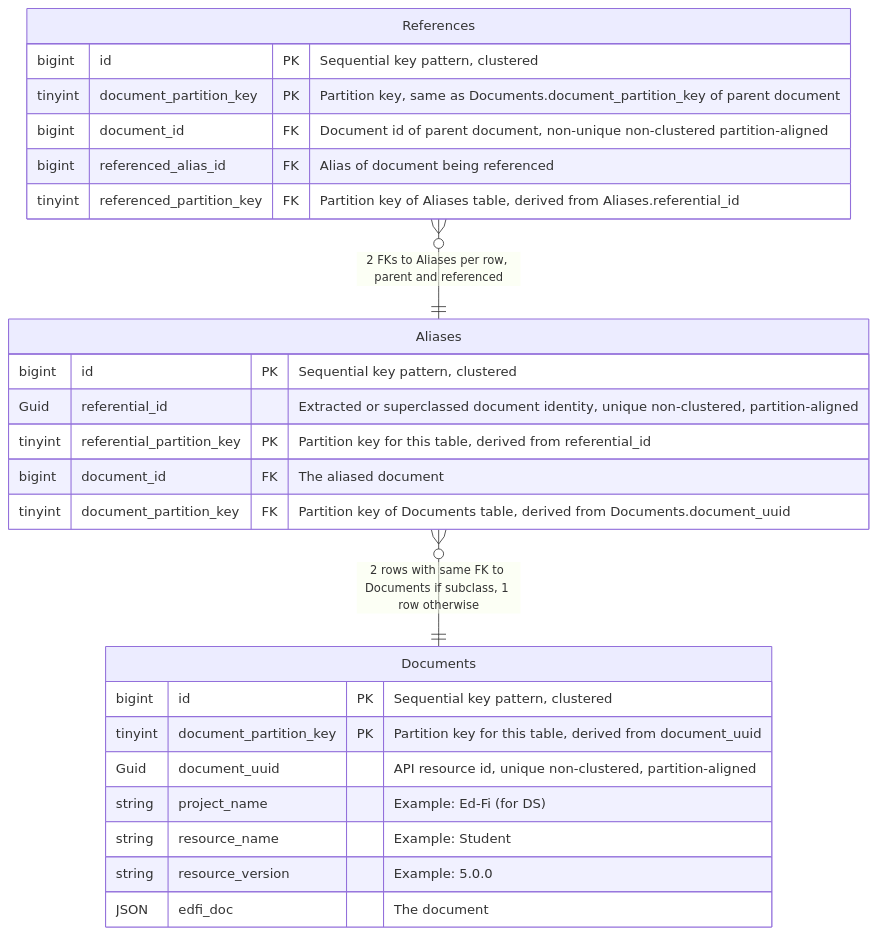
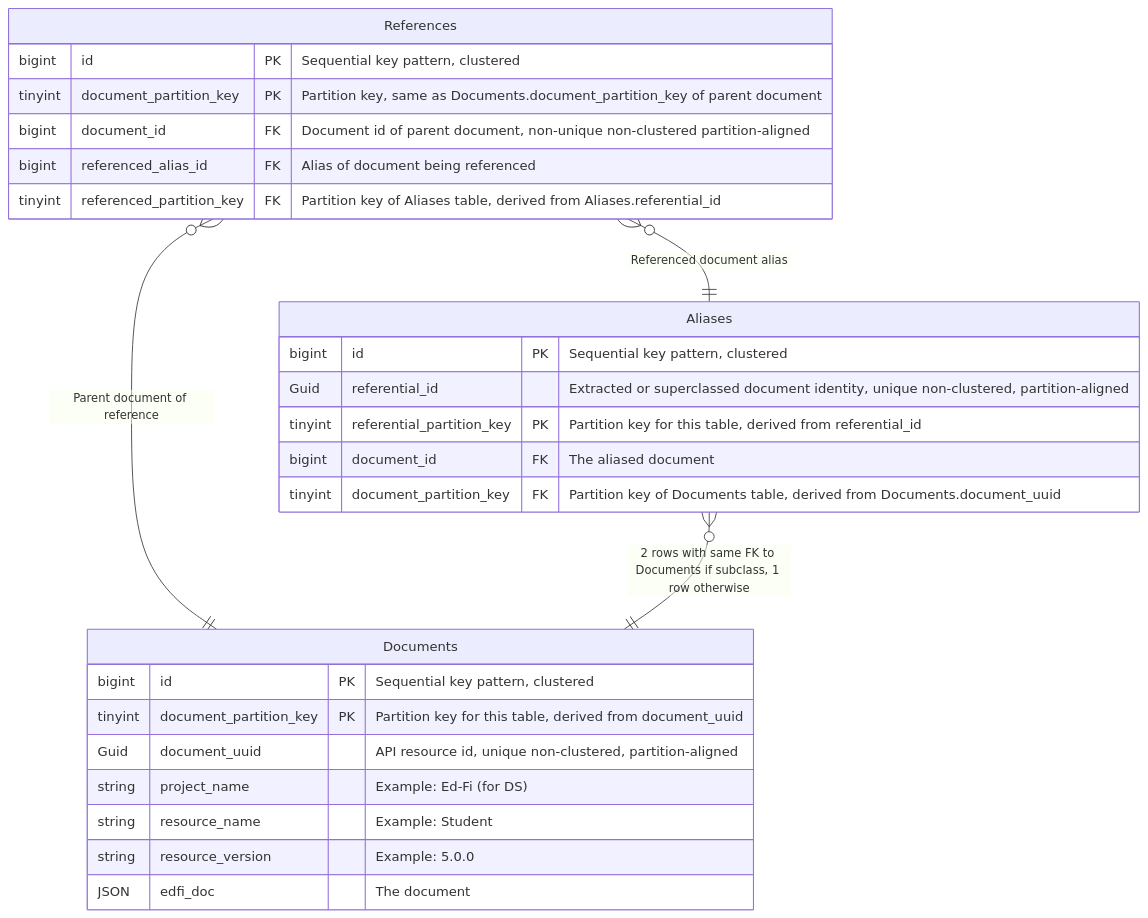
One commit to Ed-Fi-Alliance-OSS/Project-Tanager changed the first of 3 diagrams in docs/DMS/PRIMARY-DATA-STORAGE.md. Above: the diagram before and after it, drawn with Mermaid. The commit also changed other lines of this file and 1 other file, not shown here.

First line of the commit message:
[DMS-17] Schema gen and deploy writeup (#13)

````diff
--- a/docs/DMS/PRIMARY-DATA-STORAGE.md
+++ b/docs/DMS/PRIMARY-DATA-STORAGE.md
@@ -50,28 +50,29 @@
 ```mermaid
 erDiagram
-    References }o--|| Aliases : "2 FKs to Aliases per row, parent and referenced"
+    References }o--|| Aliases : "Referenced document alias"
+    References }o--|| Documents : "Parent document of reference"
     References {
         bigint id PK "Sequential key pattern, clustered"
         tinyint document_partition_key PK "Partition key, same as Documents.document_partition_key of parent document"
         bigint document_id FK "Document id of parent document, non-unique non-clustered partition-aligned"
         bigint referenced_alias_id FK "Alias of document being referenced"
         tinyint referenced_partition_key FK "Partition key of Aliases table, derived from Aliases.referential_id"
     }
     Aliases }o--|| Documents : "2 rows with same FK to Documents if subclass, 1 row otherwise"
     Aliases {
         bigint id PK "Sequential key pattern, clustered"
         Guid referential_id "Extracted or superclassed document identity, unique non-clustered, partition-aligned"
         tinyint referential_partition_key PK "Partition key for this table, derived from referential_id"
         bigint document_id FK "The aliased document"
         tinyint document_partition_key FK "Partition key of Documents table, derived from Documents.document_uuid"
     }
     Documents {
         bigint id PK "Sequential key pattern, clustered"
         tinyint document_partition_key PK "Partition key for this table, derived from document_uuid"
         Guid document_uuid "API resource id, unique non-clustered, partition-aligned"
         string project_name "Example: Ed-Fi (for DS)"
         string resource_name "Example: Student"
         string resource_version "Example: 5.0.0"
         JSON edfi_doc "The document"
     }
 ```
````
